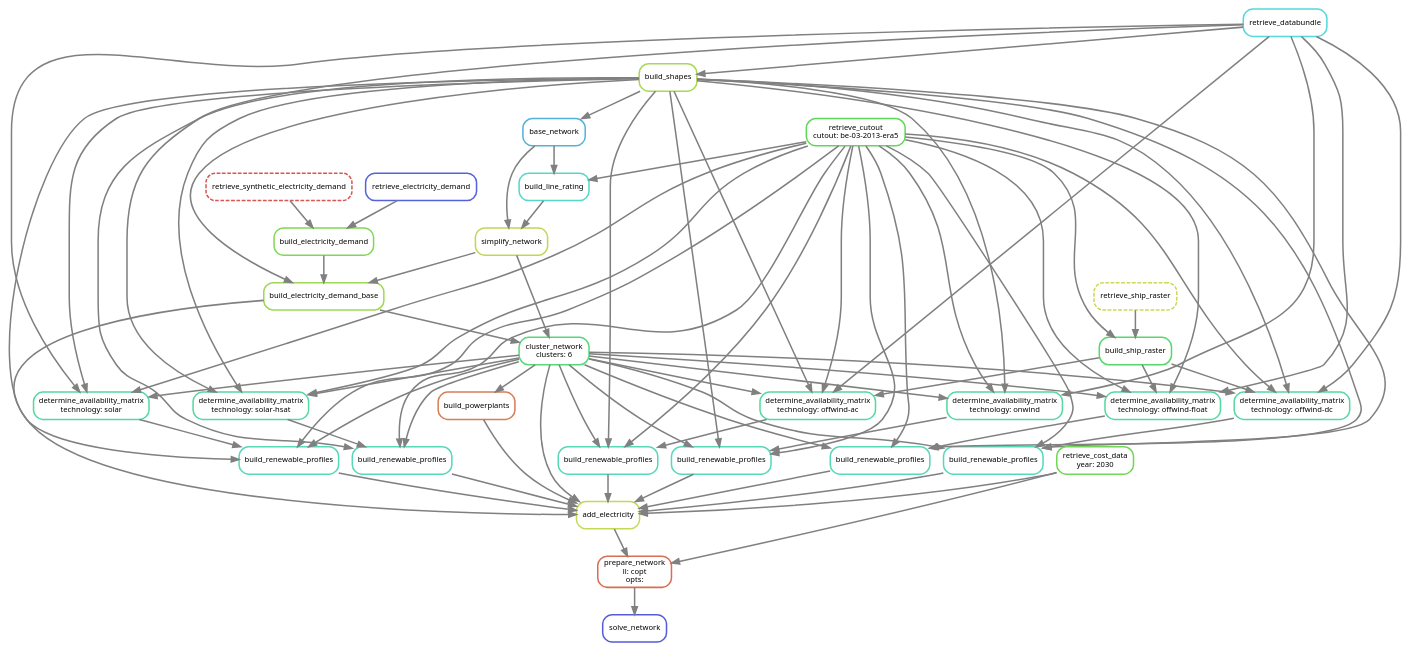
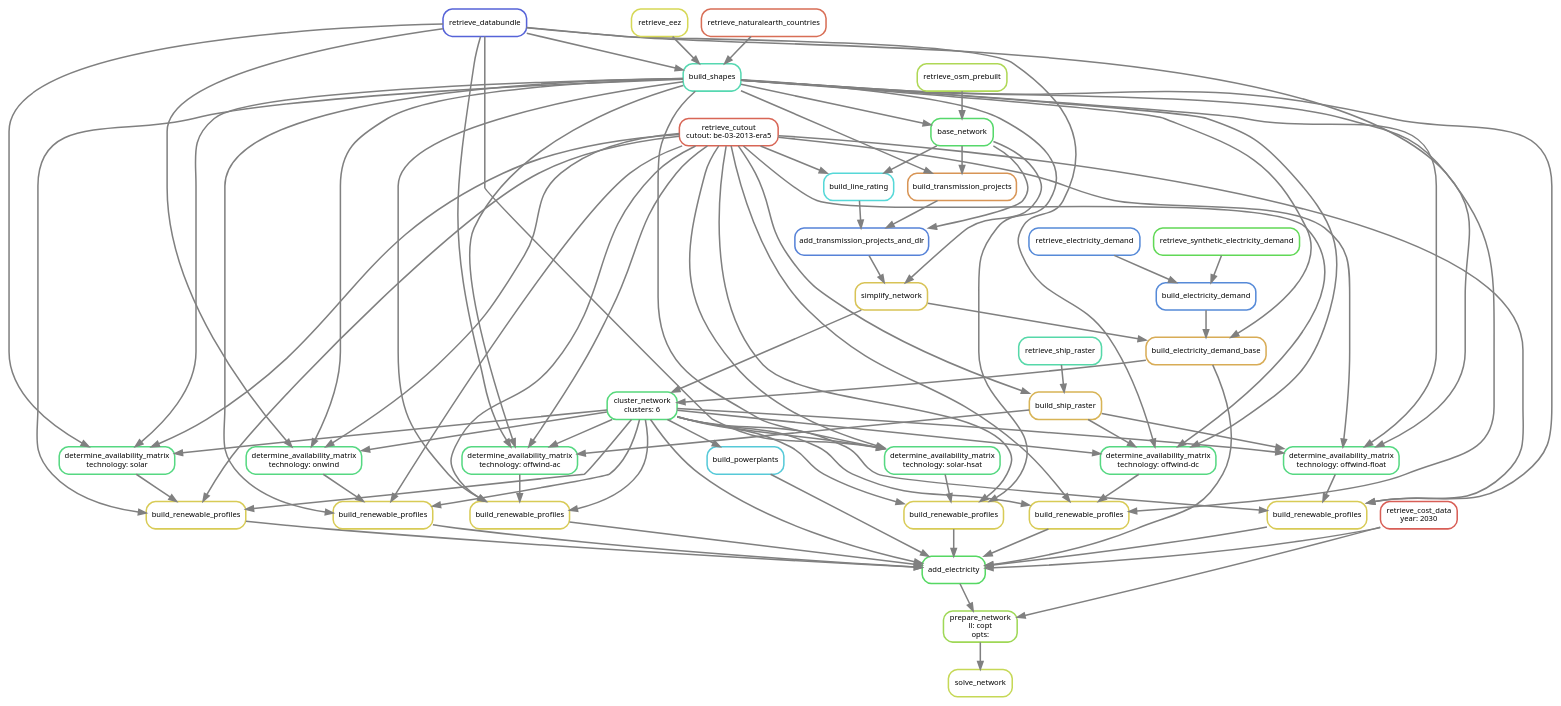
The diagram in doc/tutorial.rst (PyPSA/pypsa-eur), drawn with Graphviz before and after one commit. The commit also changed other lines of this file and 3 other files, not shown here.

Commit message:
add release notes and update workflow graphics

```diff
--- a/doc/tutorial.rst
+++ b/doc/tutorial.rst
@@ -132,114 +132,127 @@
         graph[bgcolor=white, margin=0];
         node[shape=box, style=rounded, fontname=sans,                 fontsize=10, penwidth=2];
         edge[penwidth=2, color=grey];
-            0[label = "solve_network", color = "0.66 0.6 0.85", style="rounded"];
-            1[label = "prepare_network\nll: copt\nopts: ", color = "0.03 0.6 0.85", style="rounded"];
-            2[label = "add_electricity", color = "0.19 0.6 0.85", style="rounded"];
-            3[label = "build_renewable_profiles", color = "0.46 0.6 0.85", style="rounded"];
-            4[label = "determine_availability_matrix\ntechnology: solar", color = "0.43 0.6 0.85", style="rounded"];
-            5[label = "retrieve_databundle", color = "0.50 0.6 0.85", style="rounded"];
-            6[label = "build_shapes", color = "0.23 0.6 0.85", style="rounded"];
-            7[label = "cluster_network\nclusters: 6", color = "0.38 0.6 0.85", style="rounded"];
-            8[label = "simplify_network", color = "0.20 0.6 0.85", style="rounded"];
-            9[label = "build_line_rating", color = "0.48 0.6 0.85", style="rounded"];
-            10[label = "base_network", color = "0.55 0.6 0.85", style="rounded"];
-            11[label = "retrieve_cutout\ncutout: be-03-2013-era5", color = "0.32 0.6 0.85", style="rounded"];
-            12[label = "build_electricity_demand_base", color = "0.24 0.6 0.85", style="rounded"];
-            13[label = "build_electricity_demand", color = "0.28 0.6 0.85", style="rounded"];
-            14[label = "retrieve_electricity_demand", color = "0.65 0.6 0.85", style="rounded"];
-            15[label = "retrieve_synthetic_electricity_demand", color = "0.00 0.6 0.85", style="rounded,dashed"];
-            16[label = "build_renewable_profiles", color = "0.46 0.6 0.85", style="rounded"];
-            17[label = "determine_availability_matrix\ntechnology: solar-hsat", color = "0.43 0.6 0.85", style="rounded"];
-            18[label = "build_renewable_profiles", color = "0.46 0.6 0.85", style="rounded"];
-            19[label = "determine_availability_matrix\ntechnology: onwind", color = "0.43 0.6 0.85", style="rounded"];
-            20[label = "build_renewable_profiles", color = "0.46 0.6 0.85", style="rounded"];
-            21[label = "determine_availability_matrix\ntechnology: offwind-ac", color = "0.43 0.6 0.85", style="rounded"];
-            22[label = "build_ship_raster", color = "0.36 0.6 0.85", style="rounded"];
-            23[label = "retrieve_ship_raster", color = "0.18 0.6 0.85", style="rounded,dashed"];
-            24[label = "build_renewable_profiles", color = "0.46 0.6 0.85", style="rounded"];
-            25[label = "determine_availability_matrix\ntechnology: offwind-dc", color = "0.43 0.6 0.85", style="rounded"];
-            26[label = "build_renewable_profiles", color = "0.46 0.6 0.85", style="rounded"];
-            27[label = "determine_availability_matrix\ntechnology: offwind-float", color = "0.43 0.6 0.85", style="rounded"];
-            28[label = "retrieve_cost_data\nyear: 2030", color = "0.30 0.6 0.85", style="rounded"];
-            29[label = "build_powerplants", color = "0.05 0.6 0.85", style="rounded"];
+            0[label = "solve_network", color = "0.19 0.6 0.85", style="rounded"];
+            1[label = "prepare_network\nll: copt\nopts: ", color = "0.24 0.6 0.85", style="rounded"];
+            2[label = "add_electricity", color = "0.35 0.6 0.85", style="rounded"];
+            3[label = "build_renewable_profiles", color = "0.15 0.6 0.85", style="rounded"];
+            4[label = "determine_availability_matrix\ntechnology: solar", color = "0.39 0.6 0.85", style="rounded"];
+            5[label = "retrieve_databundle", color = "0.65 0.6 0.85", style="rounded"];
+            6[label = "build_shapes", color = "0.45 0.6 0.85", style="rounded"];
+            7[label = "retrieve_naturalearth_countries", color = "0.03 0.6 0.85", style="rounded"];
+            8[label = "retrieve_eez", color = "0.17 0.6 0.85", style="rounded"];
+            9[label = "cluster_network\nclusters: 6", color = "0.38 0.6 0.85", style="rounded"];
+            10[label = "simplify_network", color = "0.14 0.6 0.85", style="rounded"];
+            11[label = "add_transmission_projects_and_dlr", color = "0.61 0.6 0.85", style="rounded"];
+            12[label = "base_network", color = "0.36 0.6 0.85", style="rounded"];
+            13[label = "retrieve_osm_prebuilt", color = "0.22 0.6 0.85", style="rounded"];
+            14[label = "build_line_rating", color = "0.50 0.6 0.85", style="rounded"];
+            15[label = "retrieve_cutout\ncutout: be-03-2013-era5", color = "0.02 0.6 0.85", style="rounded"];
+            16[label = "build_transmission_projects", color = "0.08 0.6 0.85", style="rounded"];
+            17[label = "build_electricity_demand_base", color = "0.11 0.6 0.85", style="rounded"];
+            18[label = "build_electricity_demand", color = "0.60 0.6 0.85", style="rounded"];
+            19[label = "retrieve_electricity_demand", color = "0.60 0.6 0.85", style="rounded"];
+            20[label = "retrieve_synthetic_electricity_demand", color = "0.32 0.6 0.85", style="rounded"];
+            21[label = "build_renewable_profiles", color = "0.15 0.6 0.85", style="rounded"];
+            22[label = "determine_availability_matrix\ntechnology: solar-hsat", color = "0.39 0.6 0.85", style="rounded"];
+            23[label = "build_renewable_profiles", color = "0.15 0.6 0.85", style="rounded"];
+            24[label = "determine_availability_matrix\ntechnology: onwind", color = "0.39 0.6 0.85", style="rounded"];
+            25[label = "build_renewable_profiles", color = "0.15 0.6 0.85", style="rounded"];
+            26[label = "determine_availability_matrix\ntechnology: offwind-ac", color = "0.39 0.6 0.85", style="rounded"];
+            27[label = "build_ship_raster", color = "0.12 0.6 0.85", style="rounded"];
+            28[label = "retrieve_ship_raster", color = "0.44 0.6 0.85", style="rounded"];
+            29[label = "build_renewable_profiles", color = "0.15 0.6 0.85", style="rounded"];
+            30[label = "determine_availability_matrix\ntechnology: offwind-dc", color = "0.39 0.6 0.85", style="rounded"];
+            31[label = "build_renewable_profiles", color = "0.15 0.6 0.85", style="rounded"];
+            32[label = "determine_availability_matrix\ntechnology: offwind-float", color = "0.39 0.6 0.85", style="rounded"];
+            33[label = "retrieve_cost_data\nyear: 2030", color = "0.01 0.6 0.85", style="rounded"];
+            34[label = "build_powerplants", color = "0.52 0.6 0.85", style="rounded"];
             1 -> 0
             2 -> 1
-            28 -> 1
+            33 -> 1
             3 -> 2
-            16 -> 2
-            18 -> 2
-            20 -> 2
-            24 -> 2
-            26 -> 2
-            7 -> 2
-            28 -> 2
+            21 -> 2
+            23 -> 2
+            25 -> 2
             29 -> 2
-            12 -> 2
+            31 -> 2
+            9 -> 2
+            33 -> 2
+            34 -> 2
+            17 -> 2
             4 -> 3
             6 -> 3
-            7 -> 3
-            11 -> 3
+            9 -> 3
+            15 -> 3
             5 -> 4
             6 -> 4
-            7 -> 4
-            11 -> 4
+            9 -> 4
+            15 -> 4
+            7 -> 6
+            8 -> 6
             5 -> 6
-            8 -> 7
-            12 -> 7
-            9 -> 8
-            10 -> 8
             10 -> 9
-            11 -> 9
-            6 -> 10
-            8 -> 12
+            17 -> 9
+            11 -> 10
+            12 -> 10
+            12 -> 11
+            14 -> 11
+            16 -> 11
+            13 -> 12
             6 -> 12
-            13 -> 12
-            14 -> 13
-            15 -> 13
-            17 -> 16
+            12 -> 14
+            15 -> 14
+            12 -> 16
             6 -> 16
-            7 -> 16
-            11 -> 16
-            5 -> 17
+            10 -> 17
             6 -> 17
-            7 -> 17
-            11 -> 17
+            18 -> 17
             19 -> 18
-            6 -> 18
-            7 -> 18
-            11 -> 18
-            5 -> 19
-            6 -> 19
-            7 -> 19
-            11 -> 19
-            21 -> 20
-            6 -> 20
-            7 -> 20
-            11 -> 20
-            5 -> 21
+            20 -> 18
             22 -> 21
             6 -> 21
-            7 -> 21
-            11 -> 21
-            23 -> 22
-            11 -> 22
-            25 -> 24
+            9 -> 21
+            15 -> 21
+            5 -> 22
+            6 -> 22
+            9 -> 22
+            15 -> 22
+            24 -> 23
+            6 -> 23
+            9 -> 23
+            15 -> 23
+            5 -> 24
             6 -> 24
-            7 -> 24
-            11 -> 24
-            5 -> 25
-            22 -> 25
+            9 -> 24
+            15 -> 24
+            26 -> 25
             6 -> 25
-            7 -> 25
-            11 -> 25
+            9 -> 25
+            15 -> 25
+            5 -> 26
             27 -> 26
             6 -> 26
-            7 -> 26
-            11 -> 26
-            5 -> 27
-            22 -> 27
-            6 -> 27
-            7 -> 27
-            11 -> 27
-            7 -> 29
+            9 -> 26
+            15 -> 26
+            28 -> 27
+            15 -> 27
+            30 -> 29
+            6 -> 29
+            9 -> 29
+            15 -> 29
+            5 -> 30
+            27 -> 30
+            6 -> 30
+            9 -> 30
+            15 -> 30
+            32 -> 31
+            6 -> 31
+            9 -> 31
+            15 -> 31
+            5 -> 32
+            27 -> 32
+            6 -> 32
+            9 -> 32
+            15 -> 32
+            9 -> 34
     }
```
